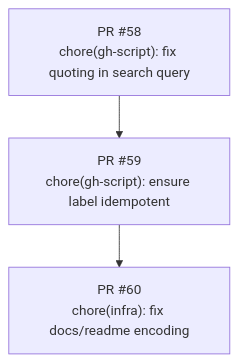
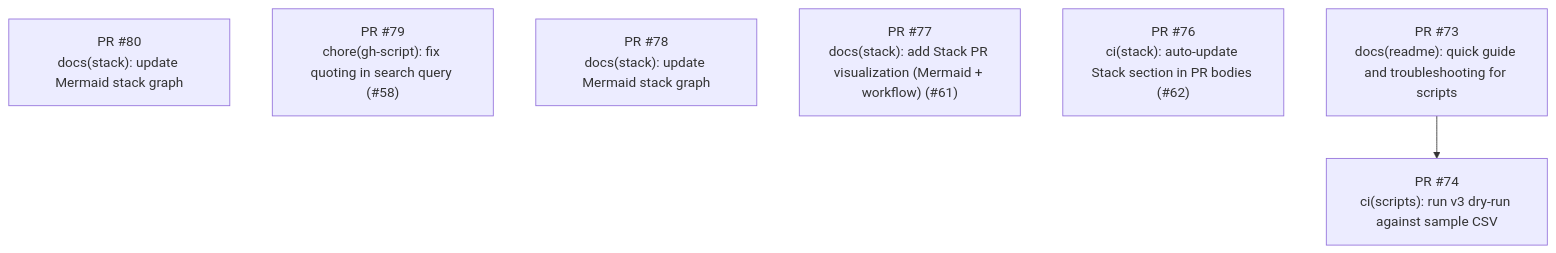
One commit to revton/car-fuel changed the diagram in docs/stack-plan/STACK-PR-PLAN.md. Above: the diagram before and after it, drawn with Mermaid.

Commit message:
docs(stack): update Mermaid stack graph

````diff
--- a/docs/stack-plan/STACK-PR-PLAN.md
+++ b/docs/stack-plan/STACK-PR-PLAN.md
@@ -6,11 +6,18 @@
 ```mermaid
 flowchart TD
-  pr60["PR #60
-chore(infra): fix docs/readme encoding"]
-  pr59["PR #59
-chore(gh-script): ensure label idempotent"]
-  pr58["PR #58
-chore(gh-script): fix quoting in search query"]
-  pr59 --> pr60
-  pr58 --> pr59
+  pr80["PR #80
+docs(stack): update Mermaid stack graph"]
+  pr79["PR #79
+chore(gh-script): fix quoting in search query (#58)"]
+  pr78["PR #78
+docs(stack): update Mermaid stack graph"]
+  pr77["PR #77
+docs(stack): add Stack PR visualization (Mermaid + workflow) (#61)"]
+  pr76["PR #76
+ci(stack): auto-update Stack section in PR bodies (#62)"]
+  pr74["PR #74
+ci(scripts): run v3 dry-run against sample CSV"]
+  pr73["PR #73
+docs(readme): quick guide and troubleshooting for scripts"]
+  pr73 --> pr74
 ```
````
